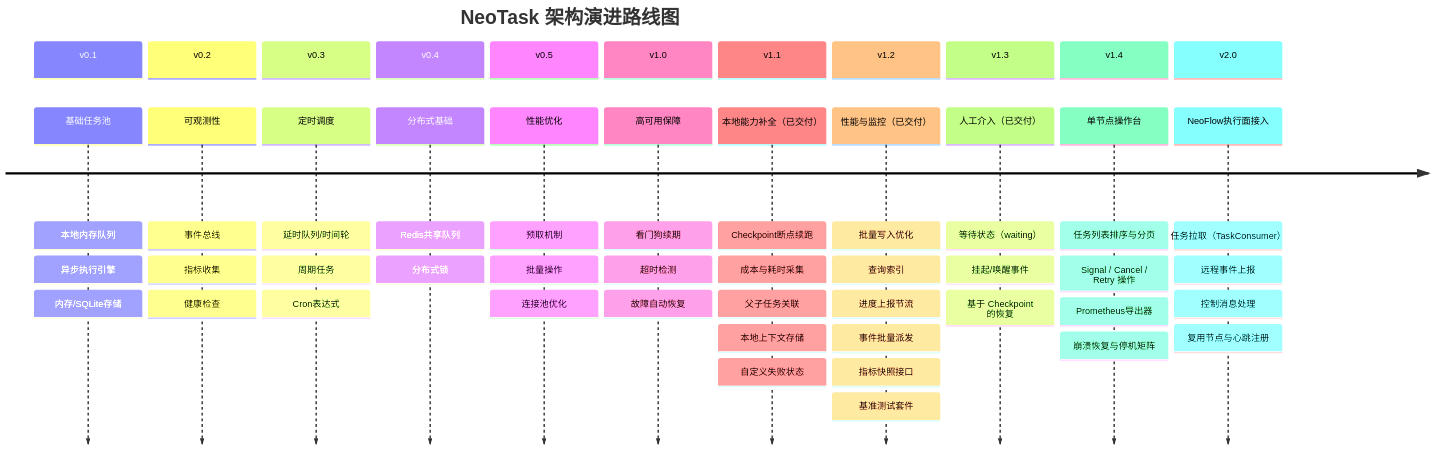
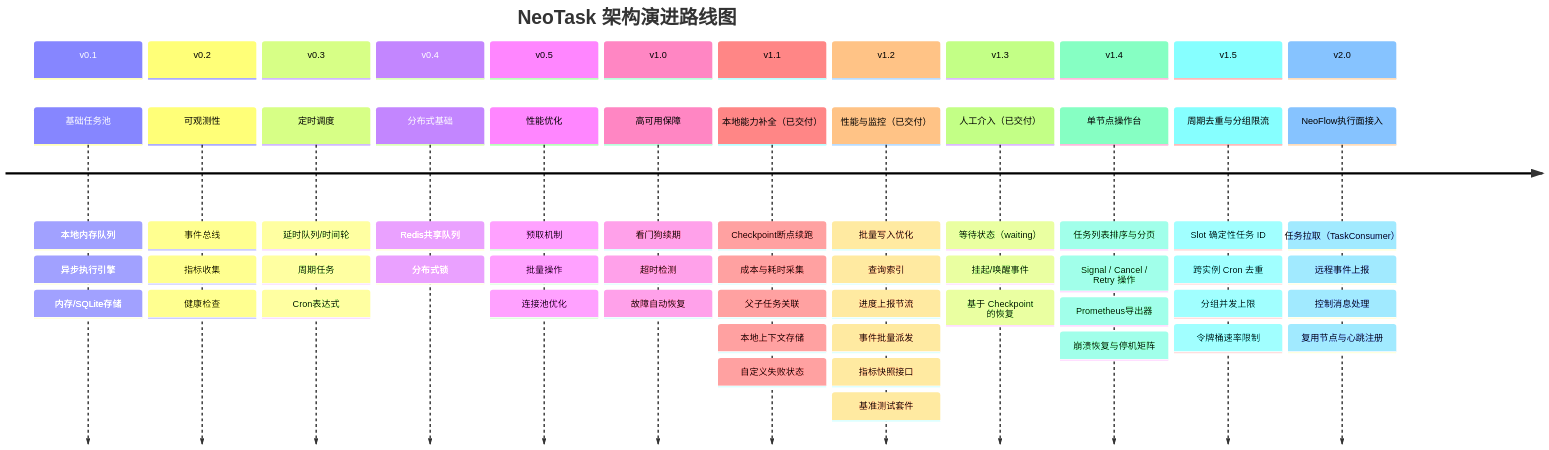
Before and after one commit to neopen/neotask: the second of 2 diagrams in README_zh.md, drawn with Mermaid. The commit also changed 1 other file, not shown here.

Commit message:
docs(readme): 同步 v1.5 路线图区块
FR:
- 中英文 README 的 roadmap 时间线需要与 v1.5 规划保持一致。
AC:
- 两份 README 新增 v1.5 timeline 区块：slot 确定性任务 ID、跨实例 Cron 去重、分组并发上限、令牌桶速率限制；Mermaid 解析校验通过。

````diff
--- a/README_zh.md
+++ b/README_zh.md
@@ -150,65 +150,71 @@
 ```mermaid
 timeline
     title NeoTask 架构演进路线图
 
     section v0.1
         基础任务池 : 本地内存队列
                    : 异步执行引擎
                    : 内存/SQLite存储
 
     section v0.2
         可观测性 : 事件总线
                  : 指标收集
                  : 健康检查
 
     section v0.3
         定时调度 : 延时队列/时间轮
                  : 周期任务
                  : Cron表达式
 
     section v0.4
         分布式基础 : Redis共享队列
                    : 分布式锁
 
     section v0.5
         性能优化 : 预取机制
                  : 批量操作
                  : 连接池优化
 
     section v1.0
         高可用保障 : 看门狗续期
                    : 超时检测
                    : 故障自动恢复
 
     section v1.1
         本地能力补全（已交付） : Checkpoint断点续跑
                                : 成本与耗时采集
                                : 父子任务关联
                                : 本地上下文存储
                                : 自定义失败状态
 
     section v1.2
         性能与监控（已交付） : 批量写入优化
                    : 查询索引
                    : 进度上报节流
                    : 事件批量派发
                    : 指标快照接口
                    : 基准测试套件
 
     section v1.3
         人工介入（已交付） : 等待状态（waiting）
                  : 挂起/唤醒事件
                  : 基于 Checkpoint 的恢复
 
     section v1.4
         单节点操作台 : 任务列表排序与分页
                    : Signal / Cancel / Retry 操作
                    : Prometheus导出器
                    : 崩溃恢复与停机矩阵
 
+    section v1.5
+        周期去重与分组限流 : Slot 确定性任务 ID
+                         : 跨实例 Cron 去重
+                         : 分组并发上限
+                         : 令牌桶速率限制
+
     section v2.0
         NeoFlow执行面接入 : 任务拉取（TaskConsumer）
                                  : 远程事件上报
                                  : 控制消息处理
                                  : 复用节点与心跳注册
 ```
````
